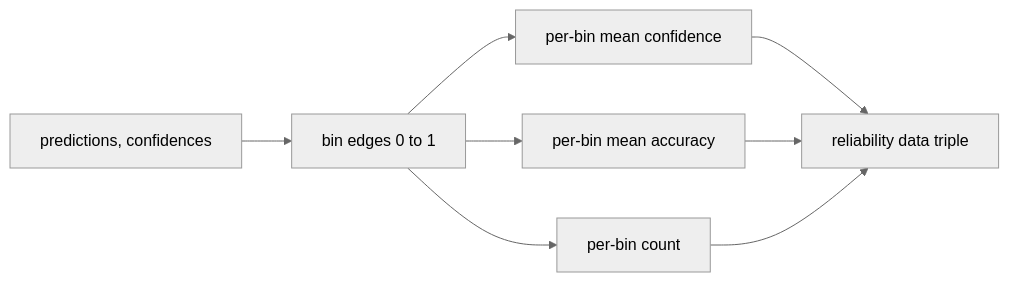
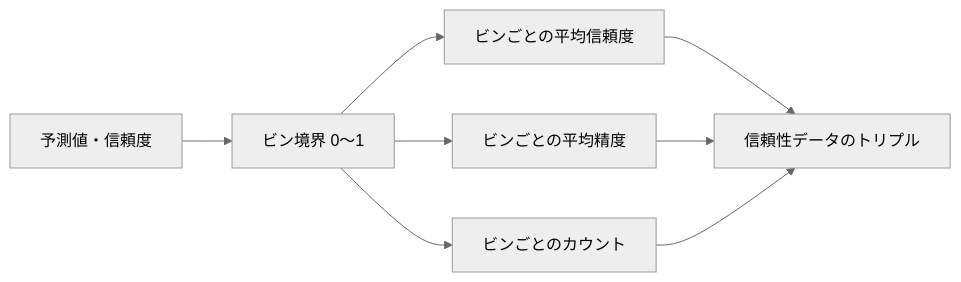
Before and after one commit to shoshoshomen/synapse-academy: the second of 2 diagrams in content/phases/19-capstone-projects/73-perplexity-calibration/lesson.ja.md, drawn with Mermaid (neutral theme). The commit also changed other lines of this file and 124 other files, not shown here.

First line of the commit message:
feat(i18n): mermaid図のラベルを日本語化(194レッスン/374図)

````diff
--- a/content/phases/19-capstone-projects/73-perplexity-calibration/lesson.ja.md
+++ b/content/phases/19-capstone-projects/73-perplexity-calibration/lesson.ja.md
@@ -61,10 +61,10 @@
 ```mermaid
 flowchart LR
-    A[predictions, confidences] --> B[bin edges 0 to 1]
-    B --> C[per-bin mean confidence]
-    B --> D[per-bin mean accuracy]
-    B --> E[per-bin count]
-    C --> R[reliability data triple]
+    A["予測値・信頼度"] --> B["ビン境界 0〜1"]
+    B --> C["ビンごとの平均信頼度"]
+    B --> D["ビンごとの平均精度"]
+    B --> E["ビンごとのカウント"]
+    C --> R["信頼性データのトリプル"]
     D --> R
     E --> R
 ```
````
